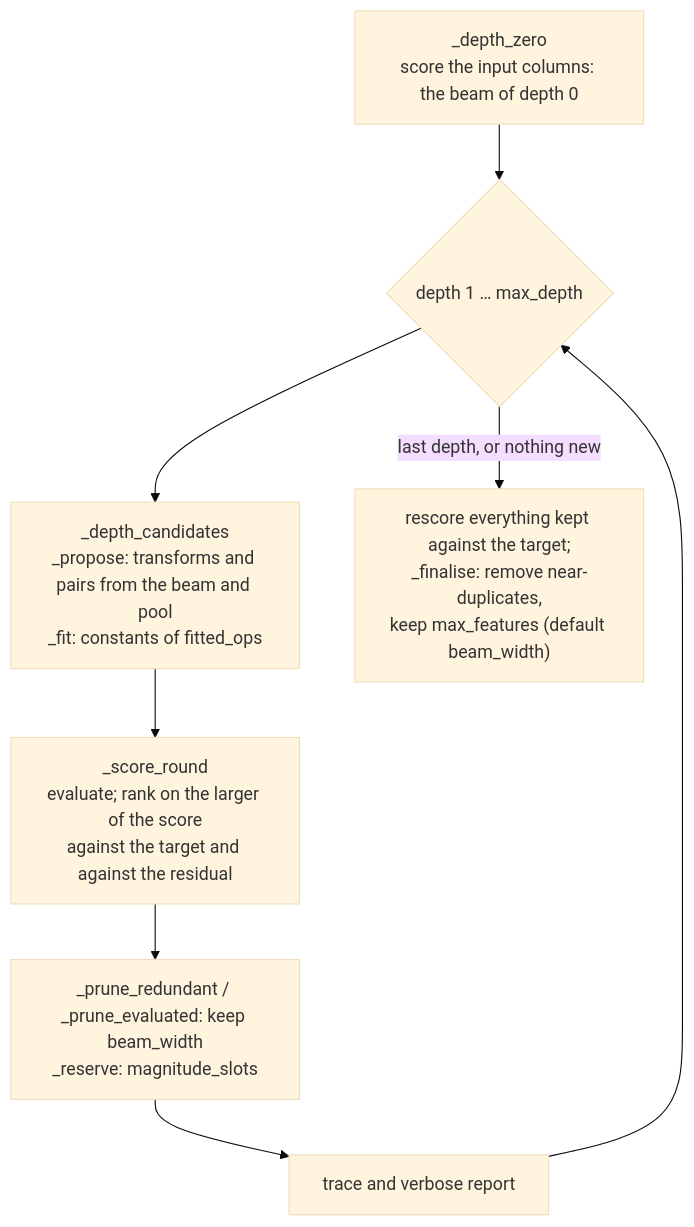
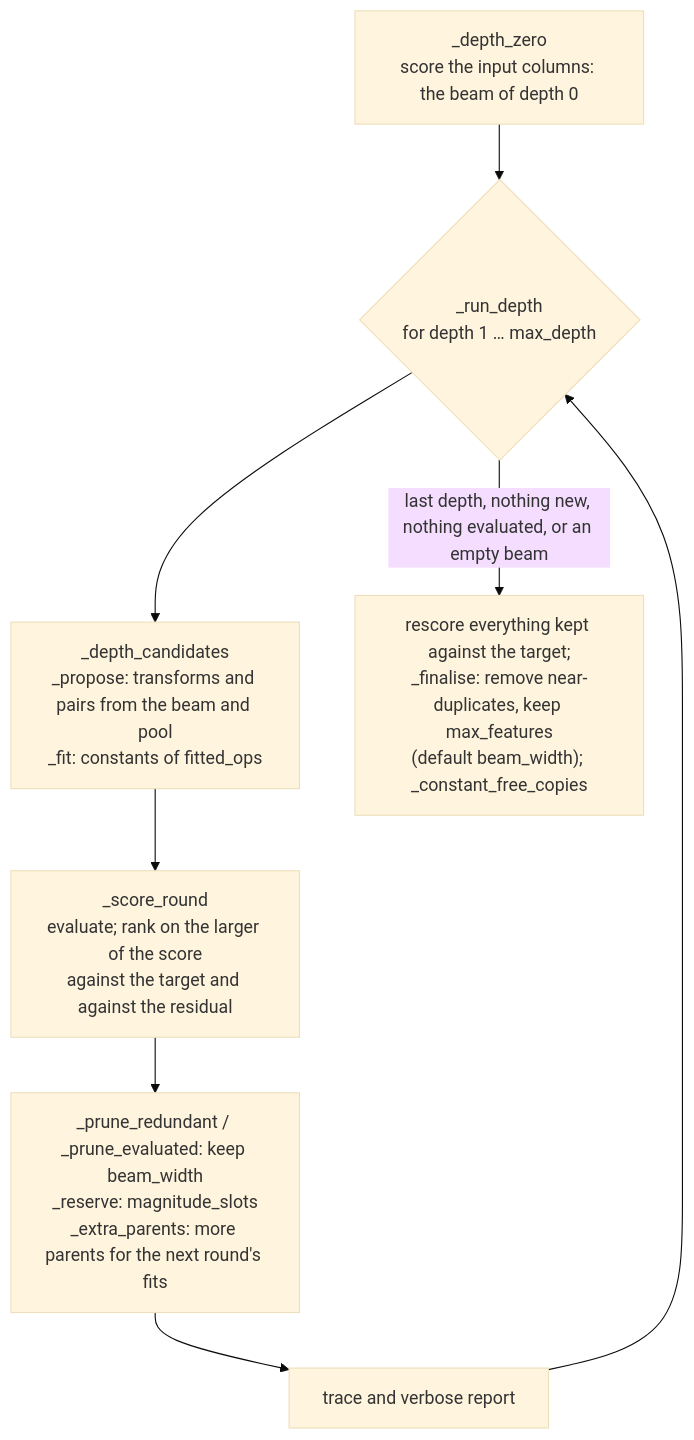
The second of 3 diagrams in ARCHITECTURE.md (LD-Shell/beamfeat), drawn with Mermaid (base theme) before and after one commit. The commit also changed other lines of this file, not shown here.

Commit message:
ARCHITECTURE: precise fallback, prediction and operator notes

````diff
--- a/ARCHITECTURE.md
+++ b/ARCHITECTURE.md
@@ -52,11 +65,11 @@
 ```mermaid
 flowchart TD
     zero["_depth_zero<br/>score the input columns: the beam of depth 0"]
-    zero --> depth{"depth 1 … max_depth"}
+    zero --> depth{"_run_depth<br/>for depth 1 … max_depth"}
     depth --> cand["_depth_candidates<br/>_propose: transforms and pairs from the beam and pool<br/>_fit: constants of fitted_ops"]
     cand --> score["_score_round<br/>evaluate; rank on the larger of the score<br/>against the target and against the residual"]
-    score --> keep["_prune_redundant / _prune_evaluated: keep beam_width<br/>_reserve: magnitude_slots"]
+    score --> keep["_prune_redundant / _prune_evaluated: keep beam_width<br/>_reserve: magnitude_slots<br/>_extra_parents: more parents for the next round's fits"]
     keep --> record["trace and verbose report"]
     record --> depth
-    depth -->|"last depth, or nothing new"| fin["rescore everything kept against the target;<br/>_finalise: remove near-duplicates,<br/>keep max_features (default beam_width)"]
+    depth -->|"last depth, nothing new, nothing evaluated, or an empty beam"| fin["rescore everything kept against the target;<br/>_finalise: remove near-duplicates, keep max_features<br/>(default beam_width); _constant_free_copies"]
 ```
````
